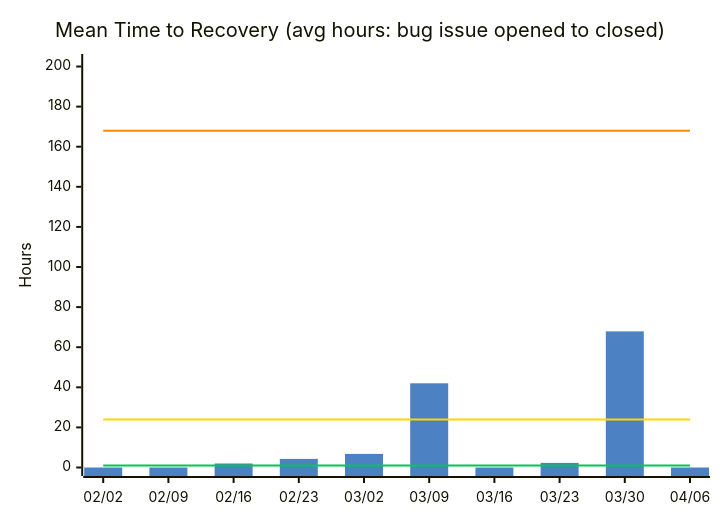
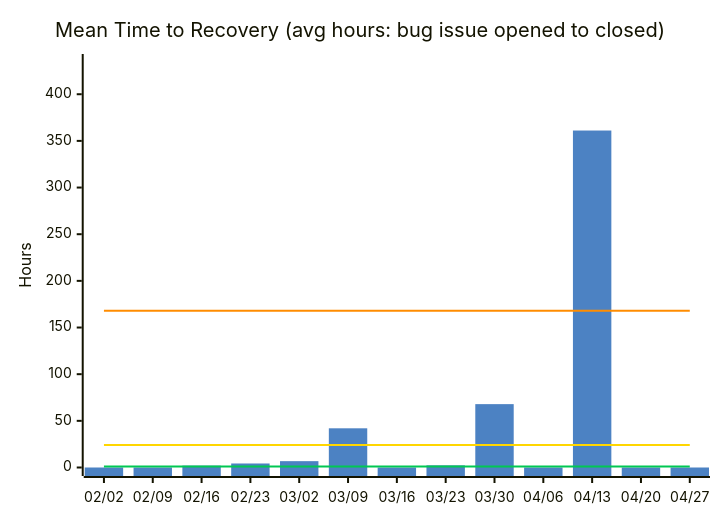
The fourth of 14 diagrams in docs/metrics.md (nablarch/nabledge-dev), drawn with Mermaid before and after one commit. The commit also changed other lines of this file and 2 other files, not shown here.

````diff
--- a/docs/metrics.md
+++ b/docs/metrics.md
@@ -73,11 +73,11 @@
 ```mermaid
 %%{init: {'theme': 'base', 'themeVariables': {'xyChart': {'plotColorPalette': '#4C82C3,#00C853,#FFD600,#FF8C00'}}}}%%
 xychart-beta
   title "Mean Time to Recovery (avg hours: bug issue opened to closed)"
-  x-axis ["02/02", "02/09", "02/16", "02/23", "03/02", "03/09", "03/16", "03/23", "03/30", "04/06"]
-  y-axis "Hours" 0 --> 202
-  bar [0, 0, 2, 4.3, 6.8, 42, 0, 2.3, 67.9, 0]
-  line [1, 1, 1, 1, 1, 1, 1, 1, 1, 1]
-  line [24, 24, 24, 24, 24, 24, 24, 24, 24, 24]
-  line [168, 168, 168, 168, 168, 168, 168, 168, 168, 168]
+  x-axis ["02/02", "02/09", "02/16", "02/23", "03/02", "03/09", "03/16", "03/23", "03/30", "04/06", "04/13", "04/20", "04/27"]
+  y-axis "Hours" 0 --> 434
+  bar [0, 0, 2, 4.3, 6.8, 42, 0, 2.3, 67.9, 0, 361.1, 0, 0]
+  line [1, 1, 1, 1, 1, 1, 1, 1, 1, 1, 1, 1, 1]
+  line [24, 24, 24, 24, 24, 24, 24, 24, 24, 24, 24, 24, 24]
+  line [168, 168, 168, 168, 168, 168, 168, 168, 168, 168, 168, 168, 168]
 ```
````
